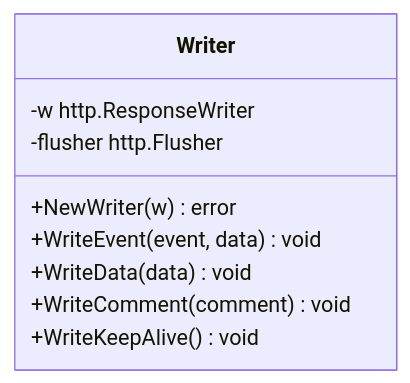
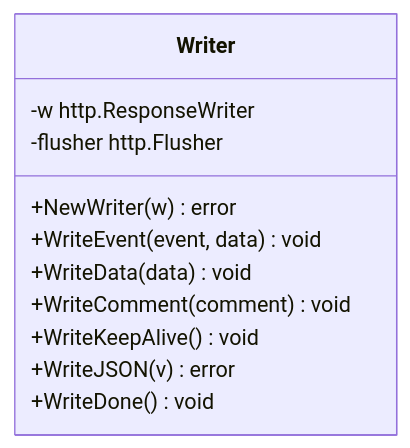
One commit to maomao94/zero-service changed the third of 11 diagrams in .qoder/repowiki/zh/content/实时通信模块/Server-Sent Events流式传输.md. Above: the diagram before and after it, drawn with Mermaid. The commit also changed other lines of this file and 25 other files, not shown here.

````diff
--- a/.qoder/repowiki/zh/content/实时通信模块/Server-Sent Events流式传输.md
+++ b/.qoder/repowiki/zh/content/实时通信模块/Server-Sent Events流式传输.md
@@ -182,12 +215,14 @@
 ```mermaid
 classDiagram
 class Writer {
 -w http.ResponseWriter
 -flusher http.Flusher
 +NewWriter(w) error
 +WriteEvent(event, data) void
 +WriteData(data) void
 +WriteComment(comment) void
 +WriteKeepAlive() void
++WriteJSON(v) error
++WriteDone() void
 }
 ```
````
